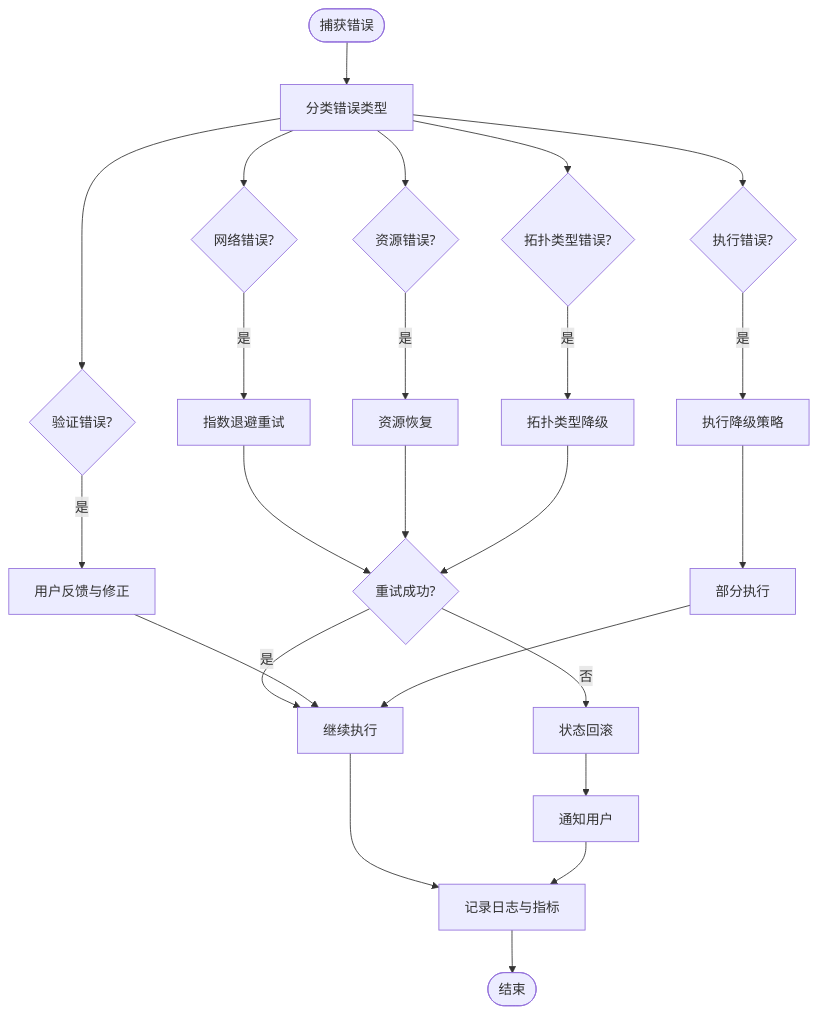
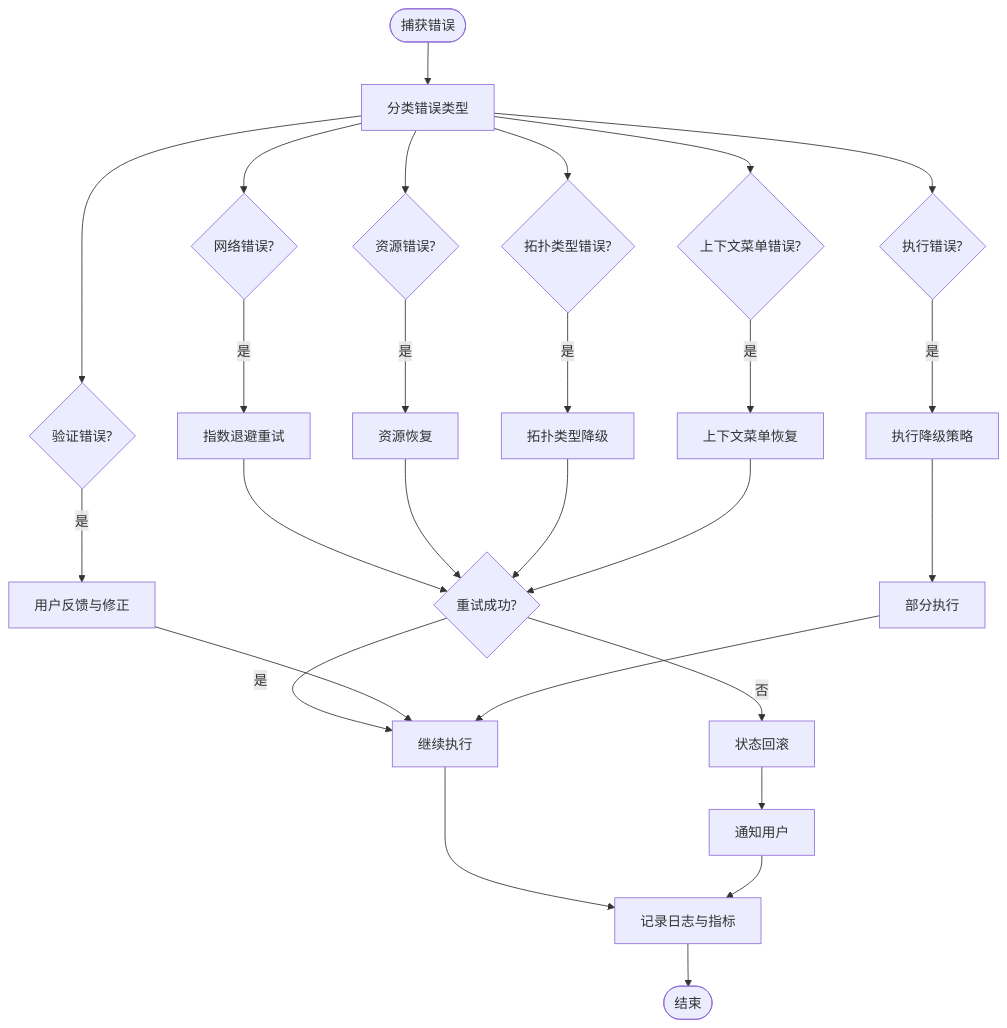
Before and after one commit to scottcwy/PurpleInk: diagram 15 of 19 in .qoder/repowiki/zh/content/画布编辑器/画布编辑器.md, drawn with Mermaid. The commit also changed other lines of this file and 23 other files, not shown here.

````diff
--- a/.qoder/repowiki/zh/content/画布编辑器/画布编辑器.md
+++ b/.qoder/repowiki/zh/content/画布编辑器/画布编辑器.md
@@ -664,26 +826,29 @@
 ```mermaid
 flowchart TD
 Start(["捕获错误"]) --> Classify["分类错误类型"]
 Classify --> NetworkErr{"网络错误?"}
 Classify --> ValidationErr{"验证错误?"}
 Classify --> ExecutionErr{"执行错误?"}
 Classify --> ResourceErr{"资源错误?"}
 Classify --> TopologyErr{"拓扑类型错误?"}
+Classify --> ContextMenuErr{"上下文菜单错误?"}
 NetworkErr --> |是| RetryWithBackoff["指数退避重试"]
 ValidationErr --> |是| UserFeedback["用户反馈与修正"]
 ExecutionErr --> |是| FallbackStrategy["执行降级策略"]
 ResourceErr --> |是| ResourceRecovery["资源恢复"]
 TopologyErr --> |是| TopologyFallback["拓扑类型降级"]
+ContextMenuErr --> |是| ContextMenuRecovery["上下文菜单恢复"]
 RetryWithBackoff --> Success{"重试成功?"}
 FallbackStrategy --> PartialExec["部分执行"]
 ResourceRecovery --> Success
 TopologyFallback --> Success
+ContextMenuRecovery --> Success
 Success --> |是| Continue["继续执行"]
 Success --> |否| Rollback["状态回滚"]
 UserFeedback --> Continue
 PartialExec --> Continue
 Rollback --> Notify["通知用户"]
 Continue --> Log["记录日志与指标"]
 Notify --> Log
 Log --> End(["结束"])
 ```
````
